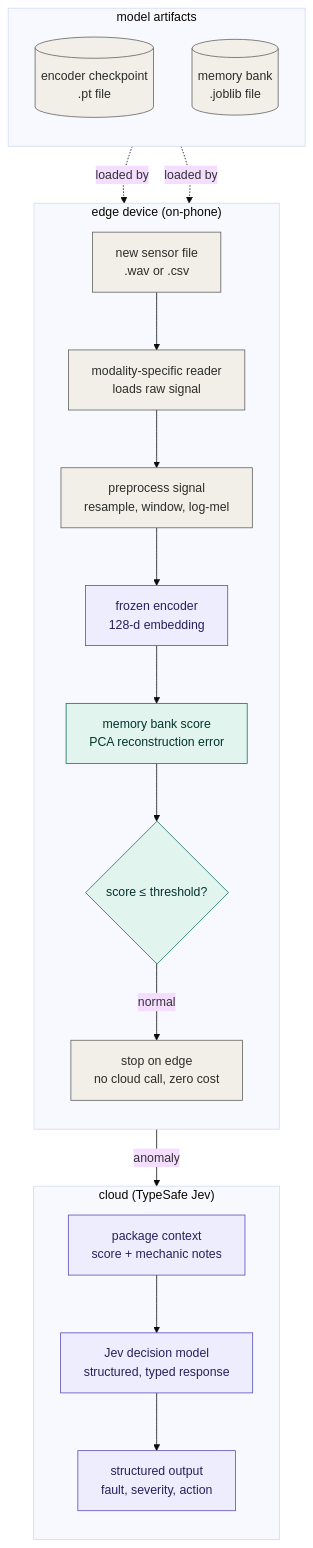
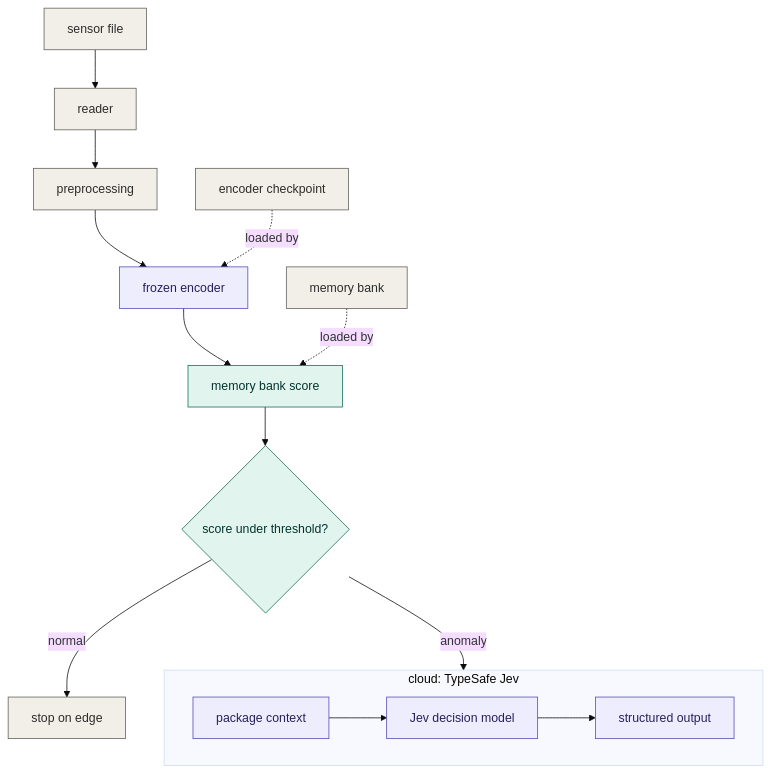
Before and after one commit to deltaparticle/Granica-Submission: the second of 2 diagrams in README.md, drawn with Mermaid (base theme).

Commit message:
Simplify inference diagram to match the finalized training diagram style

````diff
--- a/README.md
+++ b/README.md
@@ -325,40 +325,34 @@
 ```mermaid
 flowchart TD
-    subgraph EDGE["edge device (on-phone)"]
-        direction TB
-        FILE["new sensor file<br/>.wav or .csv"]
-        READER["modality-specific reader<br/>loads raw signal"]
-        PREPROC["preprocess signal<br/>resample, window, log-mel"]
-        ENC2["frozen encoder<br/>128-d embedding"]
-        SCORE["memory bank score<br/>PCA reconstruction error"]
-        DECIDE{"score ≤ threshold?"}
-        STOP["stop on edge<br/>no cloud call, zero cost"]
-        FILE --> READER --> PREPROC --> ENC2 --> SCORE --> DECIDE
-        DECIDE -->|normal| STOP
-    end
+    FILE["sensor file"]
+    READER["reader"]
+    PREP["preprocessing"]
+    ENC2["frozen encoder"]
+    SCORE["memory bank score"]
+    DECIDE{"score under threshold?"}
+    STOP["stop on edge"]
 
-    subgraph ARTIFACTS["model artifacts"]
-        direction TB
-        CKPT2[("encoder checkpoint<br/>.pt file")]
-        BANK2[("memory bank<br/>.joblib file")]
-    end
+    CKPT2["encoder checkpoint"]
+    BANK2["memory bank"]
 
-    subgraph CLOUD["cloud (TypeSafe Jev)"]
-        direction TB
-        CTX["package context<br/>score + mechanic notes"]
-        JEV["Jev decision model<br/>structured, typed response"]
-        OUT["structured output<br/>fault, severity, action"]
+    subgraph CLOUD["cloud: TypeSafe Jev"]
+        direction LR
+        CTX["package context"]
+        JEV["Jev decision model"]
+        OUT["structured output"]
         CTX --> JEV --> OUT
     end
 
+    FILE --> READER --> PREP --> ENC2 --> SCORE --> DECIDE
+    DECIDE -->|normal| STOP
+    DECIDE -->|anomaly| CTX
     CKPT2 -.->|loaded by| ENC2
     BANK2 -.->|loaded by| SCORE
-    DECIDE -->|anomaly| CTX
 
     classDef data fill:#F1EFE8,stroke:#5F5E5A,color:#2C2C2A
     classDef model fill:#EEEDFE,stroke:#534AB7,color:#26215C
     classDef calib fill:#E1F5EE,stroke:#0F6E56,color:#04342C
-    class FILE,READER,PREPROC,STOP,CKPT2,BANK2 data
+    class FILE,READER,PREP,STOP,CKPT2,BANK2 data
     class ENC2,CTX,JEV,OUT model
     class SCORE,DECIDE calib
 ```
````
